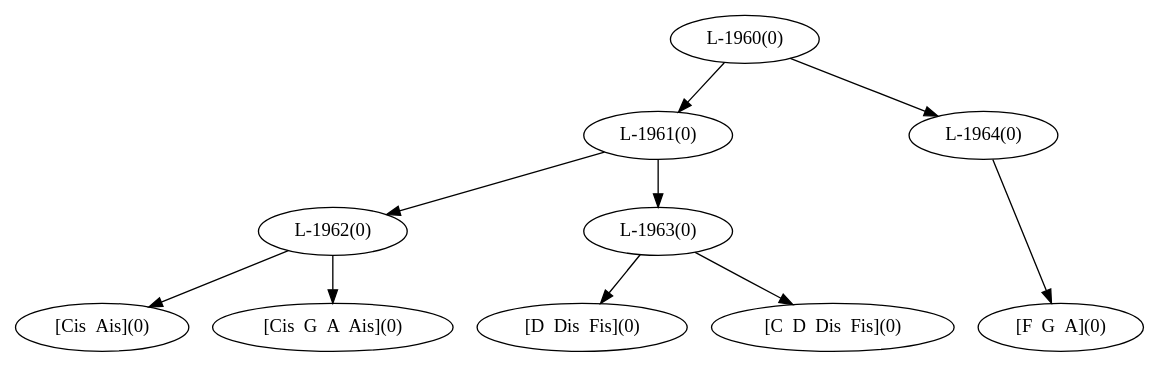
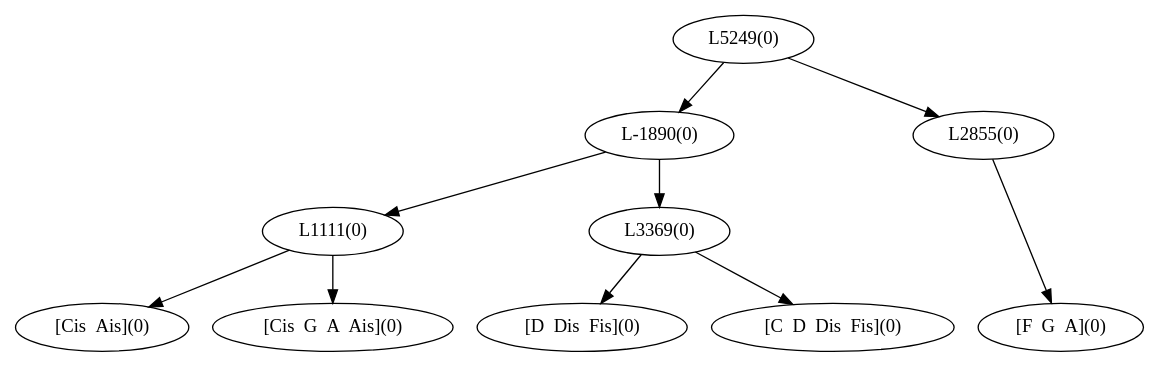
One commit to dousu/MAILM changed the diagram in Result/dot/generation9_utter6.dot. Above: the diagram before and after it, drawn with Graphviz. The commit also changed 110 other files, not shown here.

```diff
--- a/Result/dot/generation9_utter6.dot
+++ b/Result/dot/generation9_utter6.dot
@@ -1,15 +1,15 @@
 digraph sample{
-"L-1962(0)"->"[Cis  Ais](0)"
-"L-1962(0)"->"[Cis  G  A  Ais](0)"
-"L-1963(0)"->"[D  Dis  Fis](0)"
-"L-1963(0)"->"[C  D  Dis  Fis](0)"
-"L-1961(0)"->"L-1962(0)"
-"L-1961(0)"->"L-1963(0)"
-"L-1964(0)"->"[F  G  A](0)"
-"L-1960(0)"->"L-1961(0)"
-"L-1960(0)"->"L-1964(0)"
-{rank = min; "L-1960(0)"}
-{rank = same; "L-1961(0)"; "L-1964(0)";}
-{rank = same; "L-1962(0)"; "L-1963(0)";}
+"L1111(0)"->"[Cis  Ais](0)"
+"L1111(0)"->"[Cis  G  A  Ais](0)"
+"L3369(0)"->"[D  Dis  Fis](0)"
+"L3369(0)"->"[C  D  Dis  Fis](0)"
+"L-1890(0)"->"L1111(0)"
+"L-1890(0)"->"L3369(0)"
+"L2855(0)"->"[F  G  A](0)"
+"L5249(0)"->"L-1890(0)"
+"L5249(0)"->"L2855(0)"
+{rank = min; "L5249(0)"}
+{rank = same; "L-1890(0)"; "L2855(0)";}
+{rank = same; "L1111(0)"; "L3369(0)";}
 {rank = max; "[C  D  Dis  Fis](0)"; "[Cis  Ais](0)"; "[Cis  G  A  Ais](0)"; "[D  Dis  Fis](0)"; "[F  G  A](0)";}
 }
```
